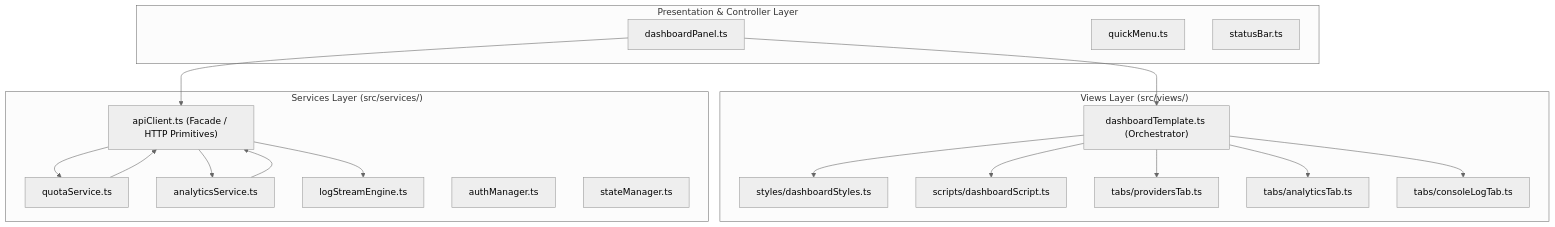
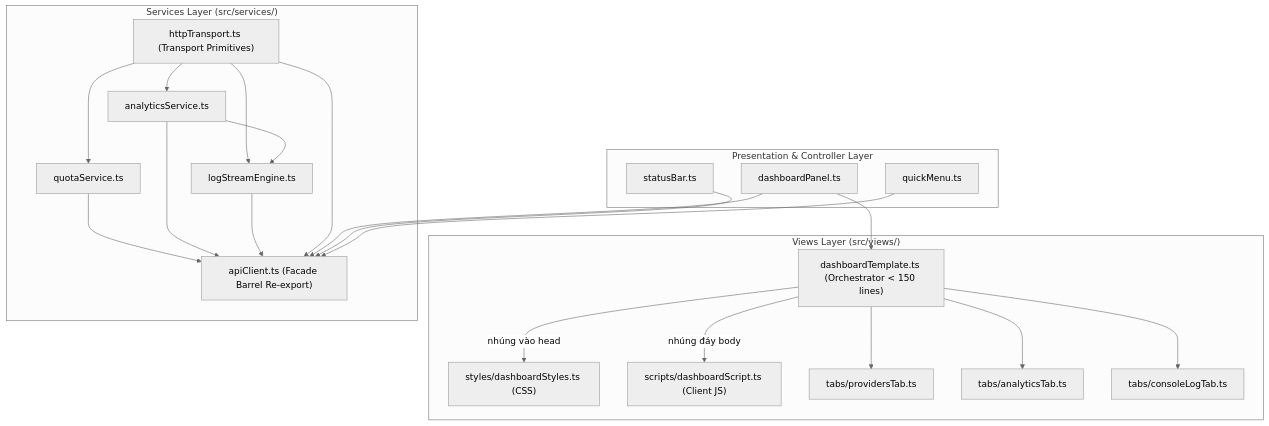
The diagram in planning/tasks/20260918_modular_clean_views_and_specialized_services/TASK_MODULAR_CLEAN_VIEWS_AND_SPECIALIZED_SERVICES.md (minhtalent-dev/9router-monitor-pro), drawn with Mermaid (neutral theme) before and after one commit. The commit also changed other lines of this file, not shown here.

````diff
--- a/planning/tasks/20260918_modular_clean_views_and_specialized_services/TASK_MODULAR_CLEAN_VIEWS_AND_SPECIALIZED_SERVICES.md
+++ b/planning/tasks/20260918_modular_clean_views_and_specialized_services/TASK_MODULAR_CLEAN_VIEWS_AND_SPECIALIZED_SERVICES.md
@@ -108,40 +109,46 @@
 ```mermaid
 flowchart TD
-    subgraph UI_Layer ["Presentation & Controller Layer"]
+    subgraph Presentation_Layer ["Presentation & Controller Layer"]
         Panel["dashboardPanel.ts"]
         Menu["quickMenu.ts"]
         Status["statusBar.ts"]
     end
 
     subgraph Views_Layer ["Views Layer (src/views/)"]
-        Template["dashboardTemplate.ts (Orchestrator)"]
-        Styles["styles/dashboardStyles.ts"]
-        Script["scripts/dashboardScript.ts"]
+        Template["dashboardTemplate.ts (Orchestrator < 150 lines)"]
+        Styles["styles/dashboardStyles.ts (CSS)"]
+        Script["scripts/dashboardScript.ts (Client JS)"]
         Tab1["tabs/providersTab.ts"]
         Tab2["tabs/analyticsTab.ts"]
         Tab3["tabs/consoleLogTab.ts"]
     end
 
     subgraph Services_Layer ["Services Layer (src/services/)"]
-        ApiClient["apiClient.ts (Facade / HTTP Primitives)"]
+        HttpTransport["httpTransport.ts (Transport Primitives)"]
         QuotaSvc["quotaService.ts"]
         AnalyticsSvc["analyticsService.ts"]
         StreamSvc["logStreamEngine.ts"]
-        AuthMgr["authManager.ts"]
-        StateMgr["stateManager.ts"]
+        ApiClient["apiClient.ts (Facade Barrel Re-export)"]
     end
 
     Panel --> Template
-    Template --> Styles
-    Template --> Script
+    Template -->|"nhúng vào head"| Styles
+    Template -->|"nhúng đáy body"| Script
     Template --> Tab1
     Template --> Tab2
     Template --> Tab3
 
-    Panel --> ApiClient
-    ApiClient --> QuotaSvc
-    ApiClient --> AnalyticsSvc
-    ApiClient --> StreamSvc
+    HttpTransport --> QuotaSvc
+    HttpTransport --> AnalyticsSvc
+    HttpTransport --> StreamSvc
+    AnalyticsSvc --> StreamSvc
+
     QuotaSvc --> ApiClient
     AnalyticsSvc --> ApiClient
+    StreamSvc --> ApiClient
+    HttpTransport --> ApiClient
+
+    Panel --> ApiClient
+    Status --> ApiClient
+    Menu --> ApiClient
 ```
````
